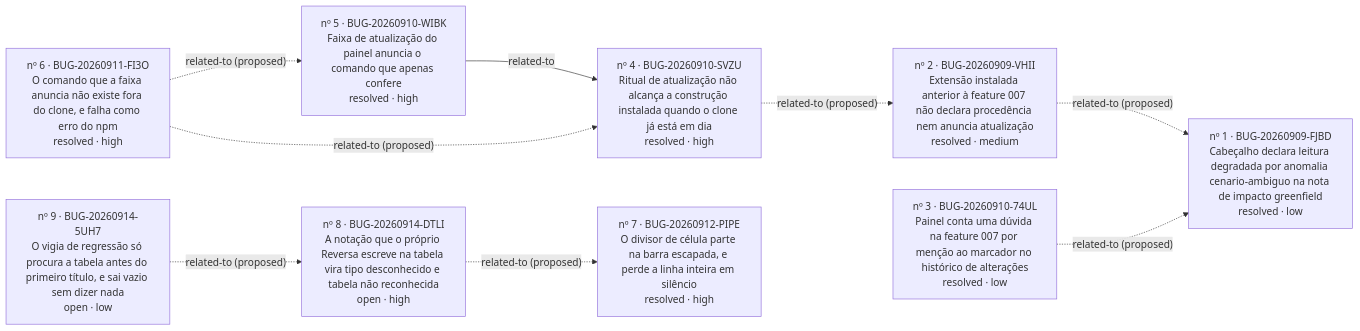
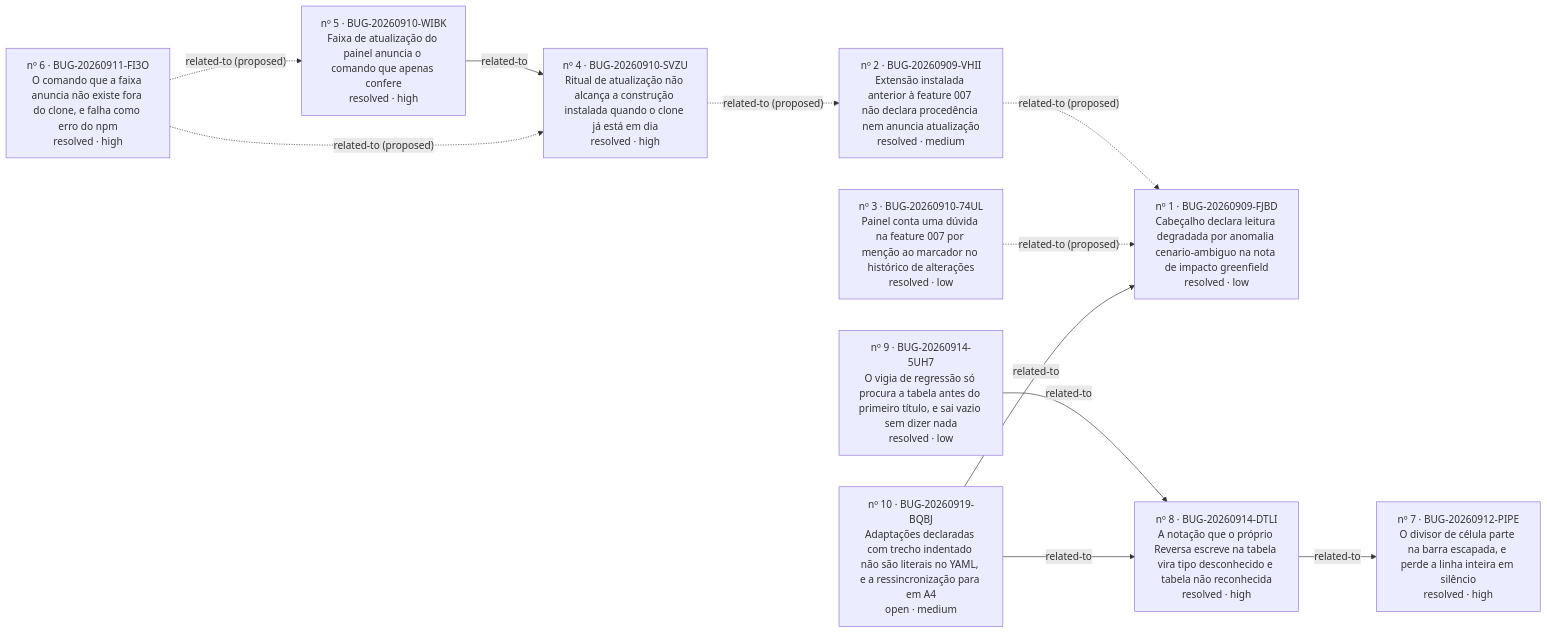
Before and after one commit to iago-leal/reversa-views: the diagram in _reversa_bugs/painel-do-processo/generated/graph.md, drawn with Mermaid. The commit also changed other lines of this file and 9 other files, not shown here.

````diff
--- a/_reversa_bugs/painel-do-processo/generated/graph.md
+++ b/_reversa_bugs/painel-do-processo/generated/graph.md
@@ -4,20 +4,23 @@
 ```mermaid
 graph LR
   BUG_20260909_FJBD["nº 1 · BUG-20260909-FJBD<br/>Cabeçalho declara leitura degradada por anomalia cenario-ambiguo na nota de impacto greenfield<br/>resolved · low"]
   BUG_20260909_VHII["nº 2 · BUG-20260909-VHII<br/>Extensão instalada anterior à feature 007 não declara procedência nem anuncia atualização<br/>resolved · medium"]
   BUG_20260910_74UL["nº 3 · BUG-20260910-74UL<br/>Painel conta uma dúvida na feature 007 por menção ao marcador no histórico de alterações<br/>resolved · low"]
   BUG_20260910_SVZU["nº 4 · BUG-20260910-SVZU<br/>Ritual de atualização não alcança a construção instalada quando o clone já está em dia<br/>resolved · high"]
   BUG_20260910_WIBK["nº 5 · BUG-20260910-WIBK<br/>Faixa de atualização do painel anuncia o comando que apenas confere<br/>resolved · high"]
   BUG_20260911_FI3O["nº 6 · BUG-20260911-FI3O<br/>O comando que a faixa anuncia não existe fora do clone, e falha como erro do npm<br/>resolved · high"]
   BUG_20260912_PIPE["nº 7 · BUG-20260912-PIPE<br/>O divisor de célula parte na barra escapada, e perde a linha inteira em silêncio<br/>resolved · high"]
-  BUG_20260914_5UH7["nº 9 · BUG-20260914-5UH7<br/>O vigia de regressão só procura a tabela antes do primeiro título, e sai vazio sem dizer nada<br/>open · low"]
-  BUG_20260914_DTLI["nº 8 · BUG-20260914-DTLI<br/>A notação que o próprio Reversa escreve na tabela vira tipo desconhecido e tabela não reconhecida<br/>open · high"]
+  BUG_20260914_5UH7["nº 9 · BUG-20260914-5UH7<br/>O vigia de regressão só procura a tabela antes do primeiro título, e sai vazio sem dizer nada<br/>resolved · low"]
+  BUG_20260914_DTLI["nº 8 · BUG-20260914-DTLI<br/>A notação que o próprio Reversa escreve na tabela vira tipo desconhecido e tabela não reconhecida<br/>resolved · high"]
+  BUG_20260919_BQBJ["nº 10 · BUG-20260919-BQBJ<br/>Adaptações declaradas com trecho indentado não são literais no YAML, e a ressincronização para em A4<br/>open · medium"]
   BUG_20260909_VHII -. related-to (proposed) .-> BUG_20260909_FJBD
   BUG_20260910_74UL -. related-to (proposed) .-> BUG_20260909_FJBD
   BUG_20260910_SVZU -. related-to (proposed) .-> BUG_20260909_VHII
   BUG_20260910_WIBK -- related-to --> BUG_20260910_SVZU
   BUG_20260911_FI3O -. related-to (proposed) .-> BUG_20260910_WIBK
   BUG_20260911_FI3O -. related-to (proposed) .-> BUG_20260910_SVZU
-  BUG_20260914_5UH7 -. related-to (proposed) .-> BUG_20260914_DTLI
-  BUG_20260914_DTLI -. related-to (proposed) .-> BUG_20260912_PIPE
+  BUG_20260914_5UH7 -- related-to --> BUG_20260914_DTLI
+  BUG_20260914_DTLI -- related-to --> BUG_20260912_PIPE
+  BUG_20260919_BQBJ -- related-to --> BUG_20260909_FJBD
+  BUG_20260919_BQBJ -- related-to --> BUG_20260914_DTLI
 ```
````
